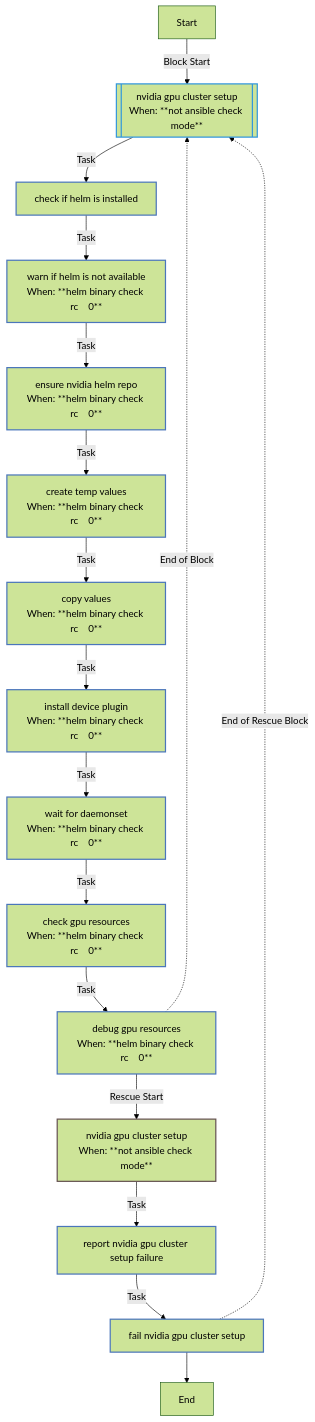
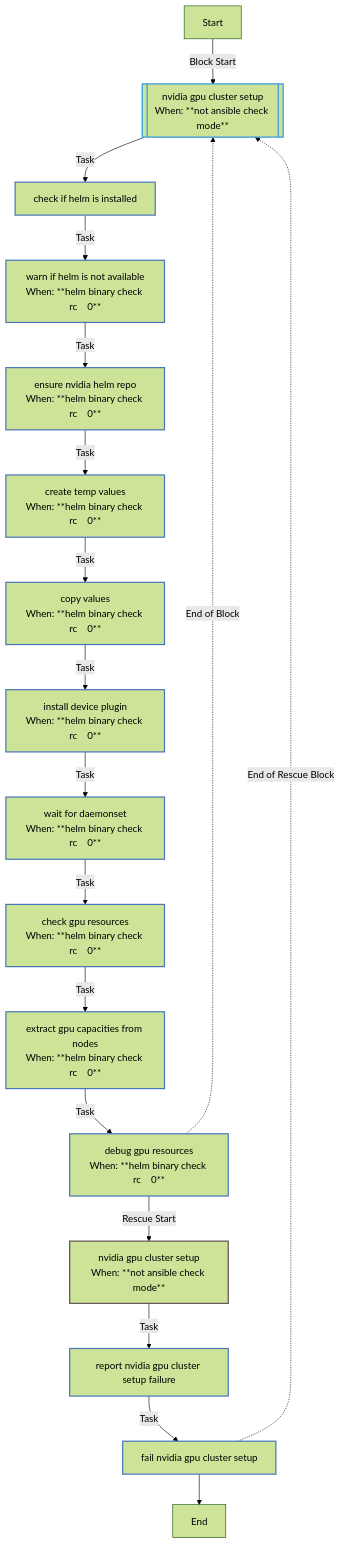
The first of 3 diagrams in roles/nvidia_gpu/README.md (rou-cru/k3s-homelab), drawn with Mermaid (forest theme) before and after one commit. The commit also changed other lines of this file and 26 other files, not shown here.

````diff
--- a/roles/nvidia_gpu/README.md
+++ b/roles/nvidia_gpu/README.md
@@ -269,29 +270,30 @@
 ```mermaid
 flowchart TD
 Start
 classDef block stroke:#3498db,stroke-width:2px;
 classDef task stroke:#4b76bb,stroke-width:2px;
 classDef includeTasks stroke:#16a085,stroke-width:2px;
 classDef importTasks stroke:#34495e,stroke-width:2px;
 classDef includeRole stroke:#2980b9,stroke-width:2px;
 classDef importRole stroke:#699ba7,stroke-width:2px;
 classDef includeVars stroke:#8e44ad,stroke-width:2px;
 classDef rescue stroke:#665352,stroke-width:2px;
 
   Start-->|Block Start| NVIDIA_GPU_cluster_setup0_block_start_0[[nvidia gpu cluster setup<br>When: **not ansible check mode**]]:::block
   NVIDIA_GPU_cluster_setup0_block_start_0-->|Task| Check_if_Helm_is_installed0[check if helm is installed]:::task
   Check_if_Helm_is_installed0-->|Task| Warn_if_Helm_is_not_available1[warn if helm is not available<br>When: **helm binary check rc    0**]:::task
   Warn_if_Helm_is_not_available1-->|Task| Ensure_NVIDIA_Helm_repo2[ensure nvidia helm repo<br>When: **helm binary check rc    0**]:::task
   Ensure_NVIDIA_Helm_repo2-->|Task| Create_temp_values3[create temp values<br>When: **helm binary check rc    0**]:::task
   Create_temp_values3-->|Task| Copy_values4[copy values<br>When: **helm binary check rc    0**]:::task
   Copy_values4-->|Task| Install_device_plugin5[install device plugin<br>When: **helm binary check rc    0**]:::task
   Install_device_plugin5-->|Task| Wait_for_daemonset6[wait for daemonset<br>When: **helm binary check rc    0**]:::task
   Wait_for_daemonset6-->|Task| Check_GPU_resources7[check gpu resources<br>When: **helm binary check rc    0**]:::task
-  Check_GPU_resources7-->|Task| Debug_GPU_resources8[debug gpu resources<br>When: **helm binary check rc    0**]:::task
-  Debug_GPU_resources8-.->|End of Block| NVIDIA_GPU_cluster_setup0_block_start_0
-  Debug_GPU_resources8-->|Rescue Start| NVIDIA_GPU_cluster_setup0_rescue_start_0[nvidia gpu cluster setup<br>When: **not ansible check mode**]:::rescue
+  Check_GPU_resources7-->|Task| Extract_GPU_capacities_from_nodes8[extract gpu capacities from nodes<br>When: **helm binary check rc    0**]:::task
+  Extract_GPU_capacities_from_nodes8-->|Task| Debug_GPU_resources9[debug gpu resources<br>When: **helm binary check rc    0**]:::task
+  Debug_GPU_resources9-.->|End of Block| NVIDIA_GPU_cluster_setup0_block_start_0
+  Debug_GPU_resources9-->|Rescue Start| NVIDIA_GPU_cluster_setup0_rescue_start_0[nvidia gpu cluster setup<br>When: **not ansible check mode**]:::rescue
   NVIDIA_GPU_cluster_setup0_rescue_start_0-->|Task| Report_NVIDIA_GPU_cluster_setup_failure0[report nvidia gpu cluster setup failure]:::task
   Report_NVIDIA_GPU_cluster_setup_failure0-->|Task| Fail_NVIDIA_GPU_cluster_setup1[fail nvidia gpu cluster setup]:::task
   Fail_NVIDIA_GPU_cluster_setup1-.->|End of Rescue Block| NVIDIA_GPU_cluster_setup0_block_start_0
   Fail_NVIDIA_GPU_cluster_setup1-->End
 ```
````
